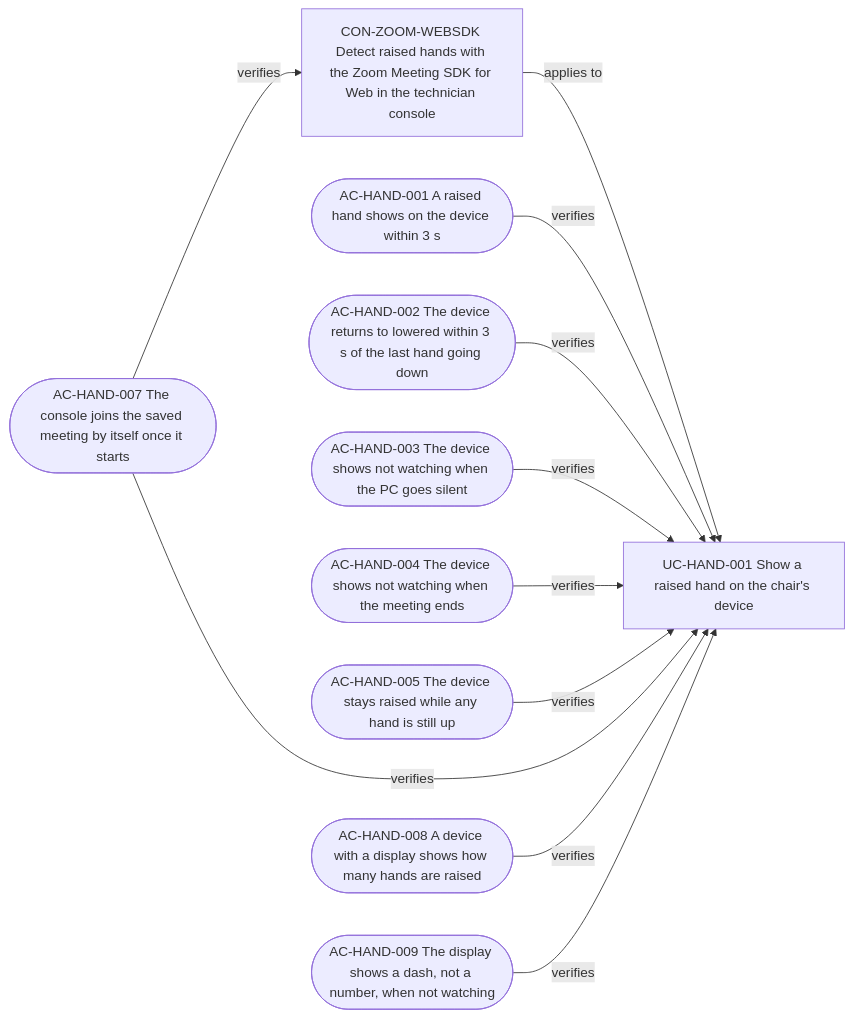
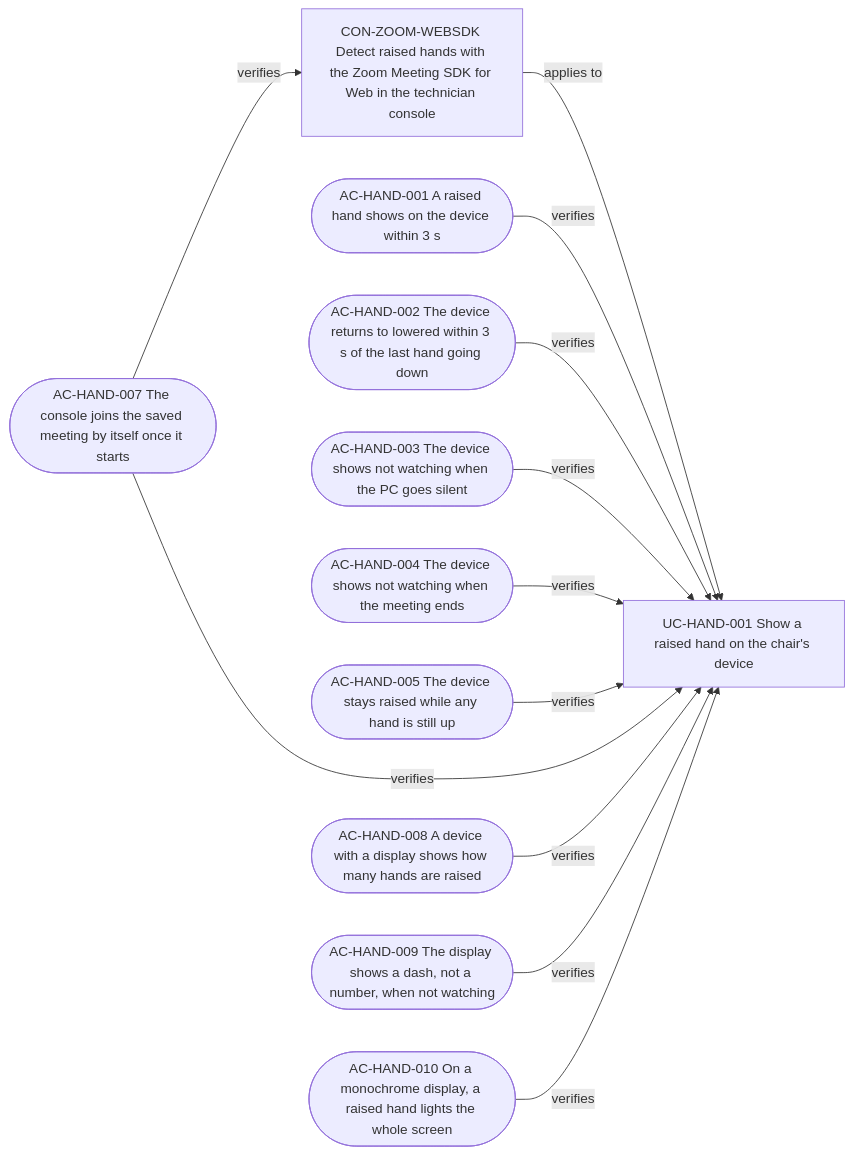
The diagram in docs/specification/pages/hand-signal.md (artosalminen/esp32-zoom-hand-raised), drawn with Mermaid before and after one commit. The commit also changed other lines of this file and 6 other files, not shown here.

First line of the commit message:
Spec: symbols on a monochrome display; raised must stand out most

````diff
--- a/docs/specification/pages/hand-signal.md
+++ b/docs/specification/pages/hand-signal.md
@@ -103,23 +104,25 @@
 ```mermaid
 flowchart LR
   n_UC_HAND_001["UC-HAND-001 Show a raised hand on the chair's device"]
   n_CON_ZOOM_WEBSDK["CON-ZOOM-WEBSDK Detect raised hands with the Zoom Meeting SDK for Web in the technician console"]
   n_CON_ZOOM_WEBSDK -->|applies to| n_UC_HAND_001
   n_AC_HAND_001(["AC-HAND-001 A raised hand shows on the device within 3 s"])
   n_AC_HAND_002(["AC-HAND-002 The device returns to lowered within 3 s of the last hand going down"])
   n_AC_HAND_003(["AC-HAND-003 The device shows not watching when the PC goes silent"])
   n_AC_HAND_004(["AC-HAND-004 The device shows not watching when the meeting ends"])
   n_AC_HAND_005(["AC-HAND-005 The device stays raised while any hand is still up"])
   n_AC_HAND_007(["AC-HAND-007 The console joins the saved meeting by itself once it starts"])
   n_AC_HAND_008(["AC-HAND-008 A device with a display shows how many hands are raised"])
   n_AC_HAND_009(["AC-HAND-009 The display shows a dash, not a number, when not watching"])
+  n_AC_HAND_010(["AC-HAND-010 On a monochrome display, a raised hand lights the whole screen"])
   n_AC_HAND_001 -->|verifies| n_UC_HAND_001
   n_AC_HAND_002 -->|verifies| n_UC_HAND_001
   n_AC_HAND_003 -->|verifies| n_UC_HAND_001
   n_AC_HAND_004 -->|verifies| n_UC_HAND_001
   n_AC_HAND_005 -->|verifies| n_UC_HAND_001
   n_AC_HAND_007 -->|verifies| n_UC_HAND_001
   n_AC_HAND_008 -->|verifies| n_UC_HAND_001
   n_AC_HAND_009 -->|verifies| n_UC_HAND_001
+  n_AC_HAND_010 -->|verifies| n_UC_HAND_001
   n_AC_HAND_007 -->|verifies| n_CON_ZOOM_WEBSDK
 ```
````
